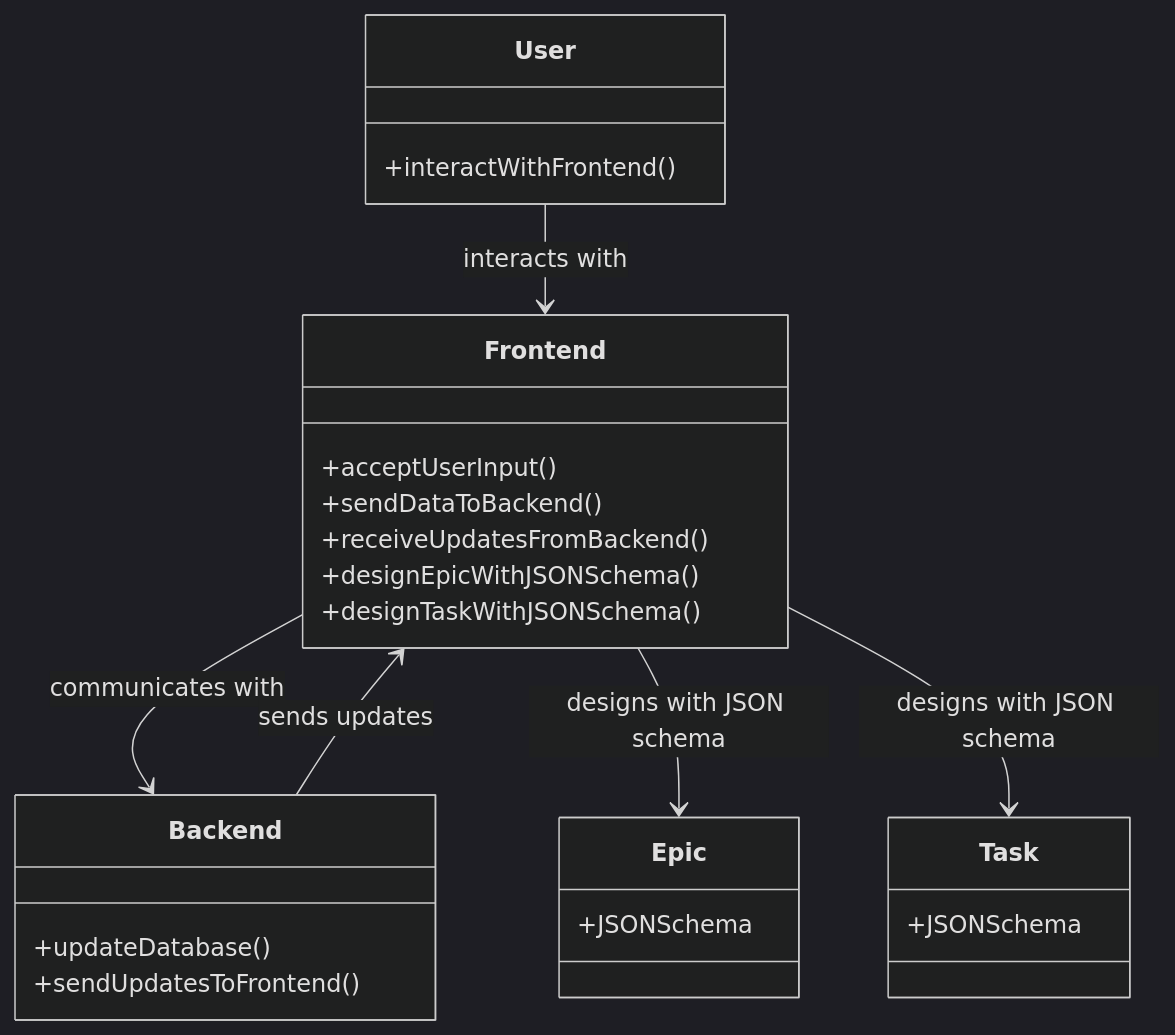
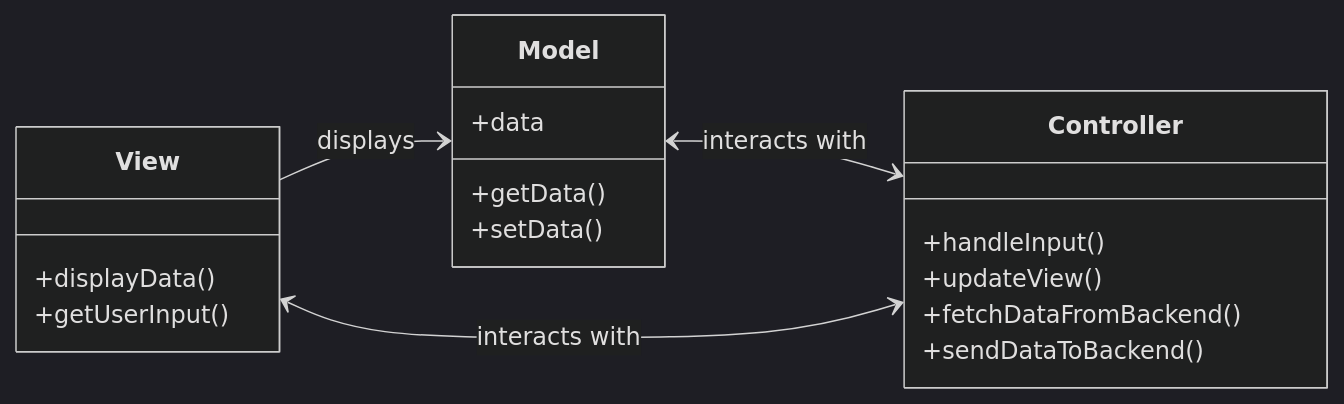
Before and after one commit to TrackPointDev/.github: the diagram in diagrams/class-diagram-frontend.md, drawn with Mermaid (dark theme). The commit also changed 2 other files, not shown here.

Commit message:
frontend diagrams

````diff
--- a/diagrams/class-diagram-frontend.md
+++ b/diagrams/class-diagram-frontend.md
@@ -1,33 +1,26 @@
 ```mermaid
 classDiagram
-    class Frontend {
-        +acceptUserInput()
-        +sendDataToBackend()
-        +receiveUpdatesFromBackend()
-        +designEpicWithJSONSchema()
-        +designTaskWithJSONSchema()
+    direction LR
+    class Model {
+        +data
+        +getData()
+        +setData()
     }
     
-    class Backend {
-        +updateDatabase()
-        +sendUpdatesToFrontend()
+    class View {
+        +displayData()
+        +getUserInput()
     }
     
-    class User {
-        +interactWithFrontend()
+    class Controller {
+        +handleInput()
+        +updateView()
+        +fetchDataFromBackend()
+        +sendDataToBackend()
     }
+
     
-    class Epic {
-        +JSONSchema
-    }
-    
-    class Task {
-        +JSONSchema
-    }
-    
-    User --> Frontend : interacts with
-    Frontend --> Backend : communicates with
-    Frontend --> Epic : designs with JSON schema
-    Frontend --> Task : designs with JSON schema
-    Backend --> Frontend : sends updates
+    Model <--> Controller : interacts with
+    View <--> Controller : interacts with
+    View --> Model : displays
 ```
````
